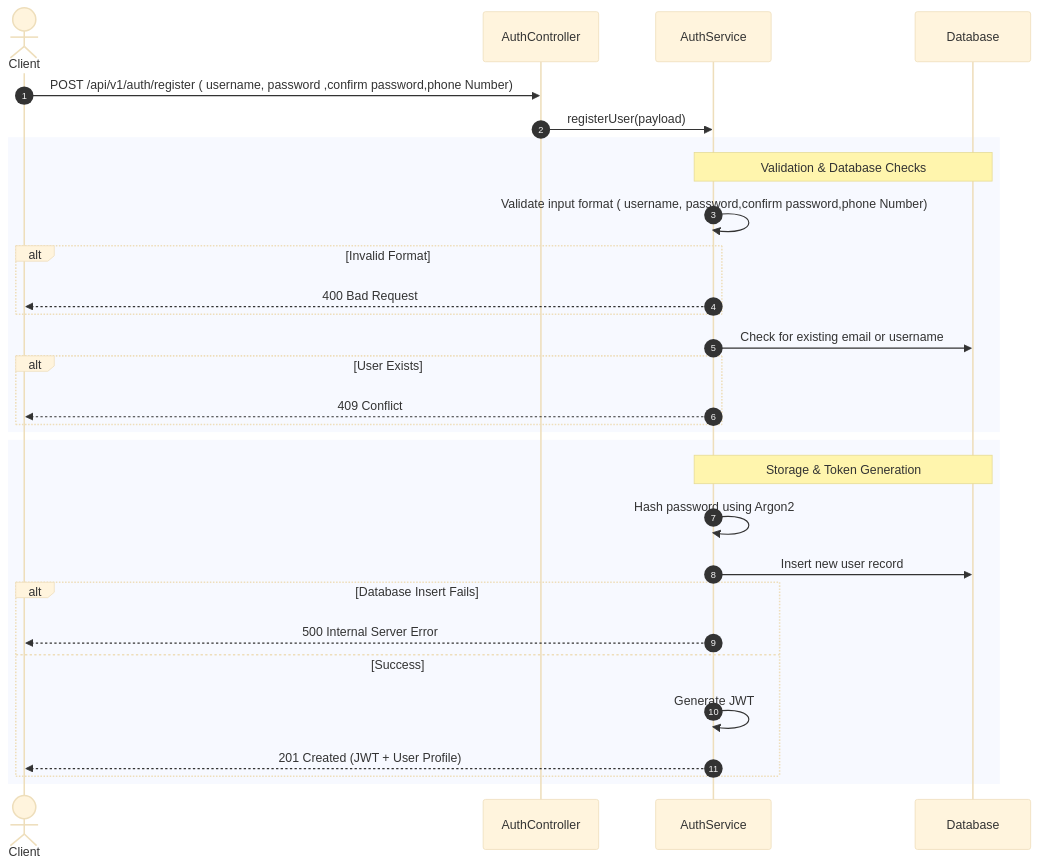
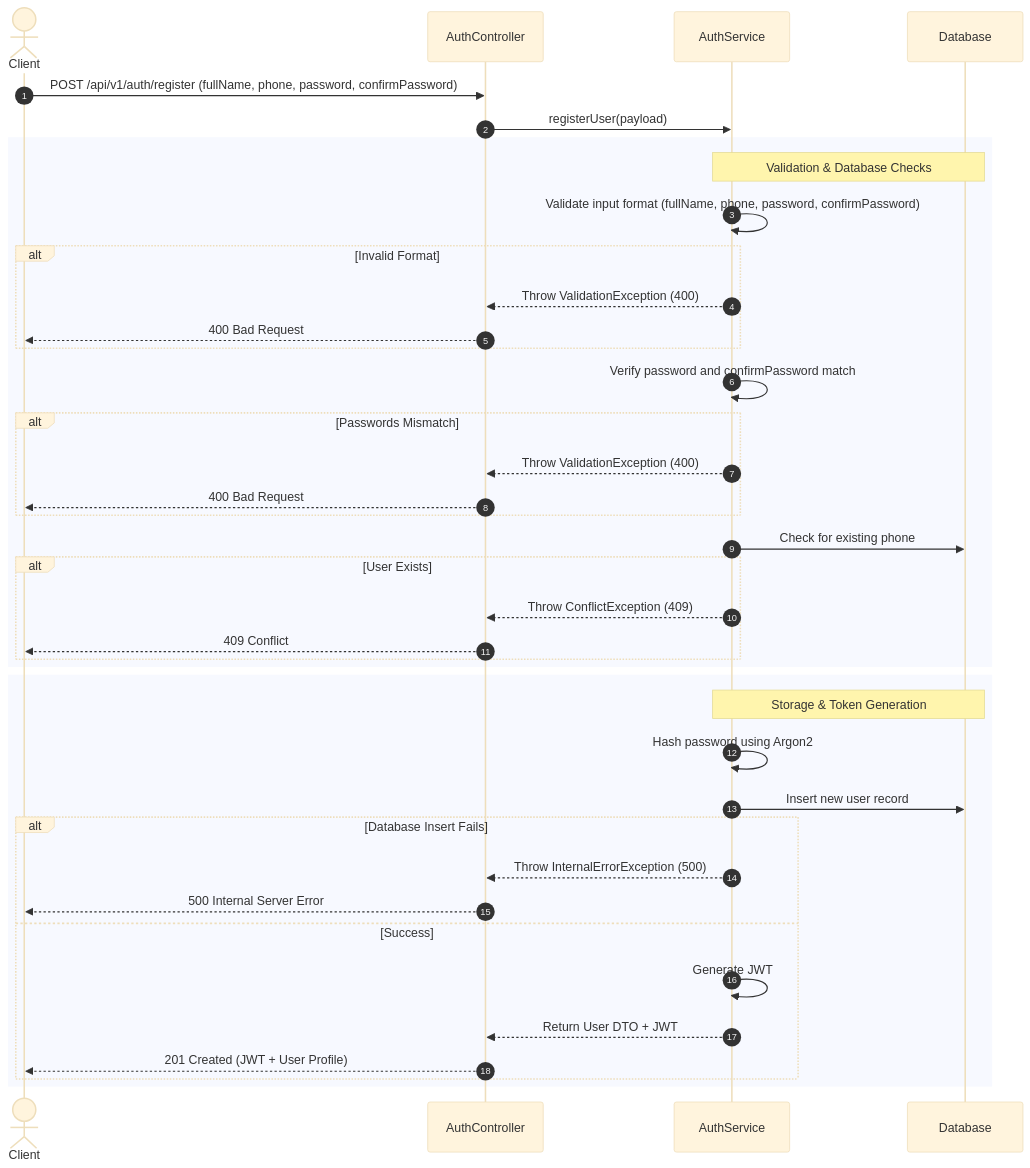
One commit to w2t-el-develop/food_delivery_api changed the first of 2 diagrams in rigistration.md. Above: the diagram before and after it, drawn with Mermaid (base theme). The commit also changed other lines of this file and 2 other files, not shown here.

Commit message:
feat(registration): update registration process to use fullName and phone, enhance validation checks

````diff
--- a/rigistration.md
+++ b/rigistration.md
@@ -2,38 +2,47 @@
 ``` mermaid
 sequenceDiagram
     autonumber
     actor Client
     participant AuthController
     participant AuthService
     participant Database
 
-    Client->>AuthController: POST /api/v1/auth/register ( username, password ,confirm password,phone Number)
-    
+    Client->>AuthController: POST /api/v1/auth/register (fullName, phone, password, confirmPassword)
     AuthController->>AuthService: registerUser(payload)
     
     rect 
         Note over AuthService, Database: Validation & Database Checks
-        AuthService->>AuthService: Validate input format ( username, password,confirm password,phone Number)
+        AuthService->>AuthService: Validate input format (fullName, phone, password, confirmPassword)
         alt Invalid Format
-            AuthService-->>Client: 400 Bad Request
+            AuthService-->>AuthController: Throw ValidationException (400)
+            AuthController-->>Client: 400 Bad Request
         end
 
-        AuthService->>Database: Check for existing email or username
+        AuthService->>AuthService: Verify password and confirmPassword match
+        alt Passwords Mismatch
+            AuthService-->>AuthController: Throw ValidationException (400)
+            AuthController-->>Client: 400 Bad Request
+        end
+
+        AuthService->>Database: Check for existing phone
         alt User Exists
-            AuthService-->>Client: 409 Conflict
+            AuthService-->>AuthController: Throw ConflictException (409)
+            AuthController-->>Client: 409 Conflict
         end
     end
 
     rect 
         Note over AuthService, Database: Storage & Token Generation
         AuthService->>AuthService: Hash password using Argon2
         AuthService->>Database: Insert new user record
         alt Database Insert Fails
-            AuthService-->>Client: 500 Internal Server Error
+            AuthService-->>AuthController: Throw InternalErrorException (500)
+            AuthController-->>Client: 500 Internal Server Error
         else Success
             AuthService->>AuthService: Generate JWT
-            AuthService-->>Client: 201 Created (JWT + User Profile)
+            AuthService-->>AuthController: Return User DTO + JWT
+            AuthController-->>Client: 201 Created (JWT + User Profile)
         end
     end
 
 ```
````
